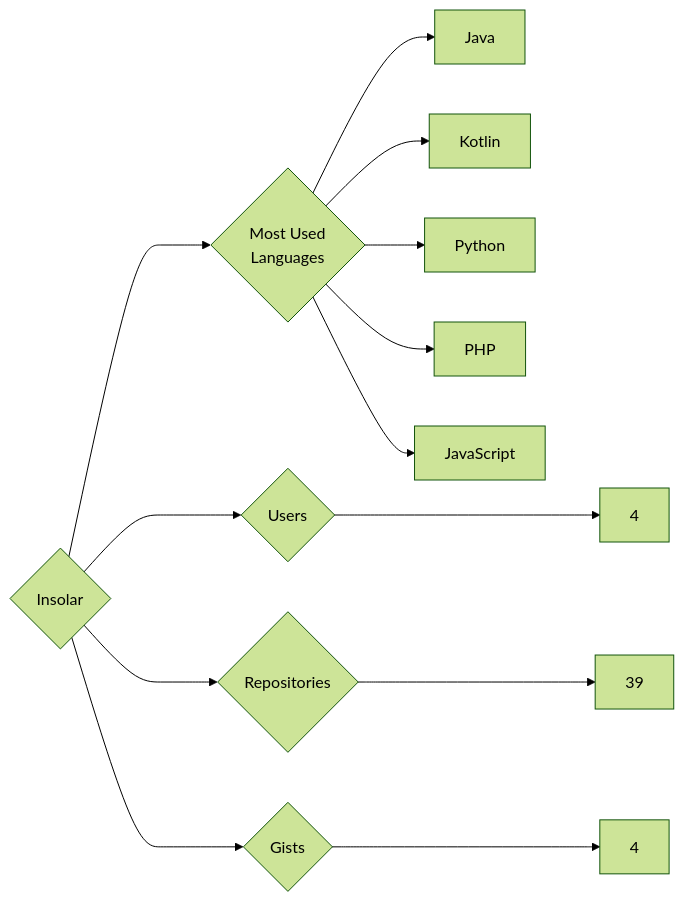
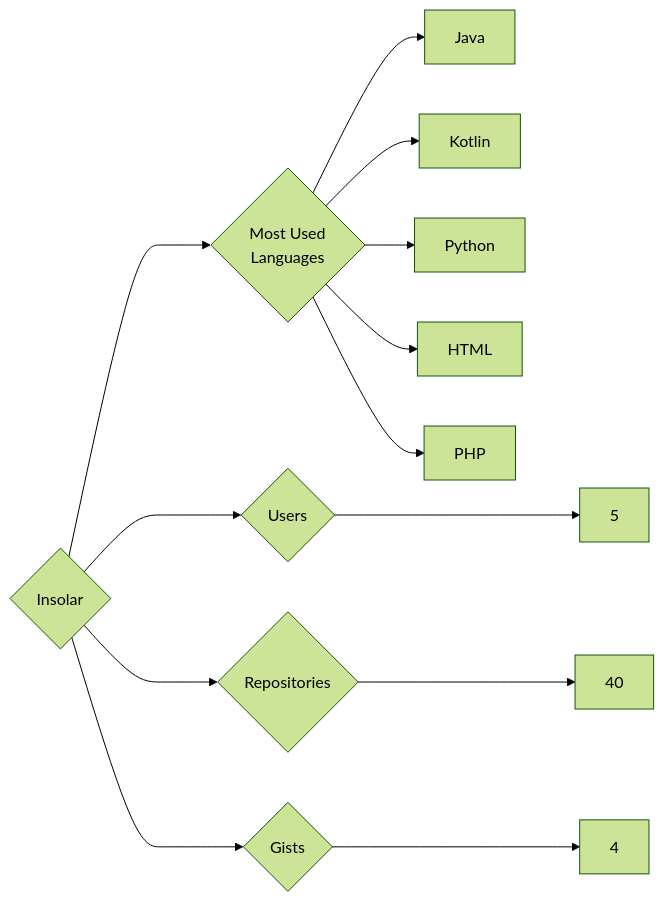
The diagram in targets/Insolar/README.md (trickest/insiders), drawn with Mermaid (forest theme) before and after one commit. The commit also changed 640 other files, not shown here.

````diff
--- a/targets/Insolar/README.md
+++ b/targets/Insolar/README.md
@@ -3,13 +3,13 @@
 ```mermaid
 graph LR
 COMPANY_NAME{Insolar}
-COMPANY_NAME ---> U{Users} ---> UN[4]
-COMPANY_NAME ---> R{Repositories} ---> RN[39]
+COMPANY_NAME ---> U{Users} ---> UN[5]
+COMPANY_NAME ---> R{Repositories} ---> RN[40]
 COMPANY_NAME ---> G{Gists} ---> GN[4]
 COMPANY_NAME ---> ML{Most Used<br>Languages}
 ML --> Java[Java]
 ML --> Kotlin[Kotlin]
 ML --> Python[Python]
+ML --> HTML[HTML]
 ML --> PHP[PHP]
-ML --> JavaScript[JavaScript]
 ```
````
